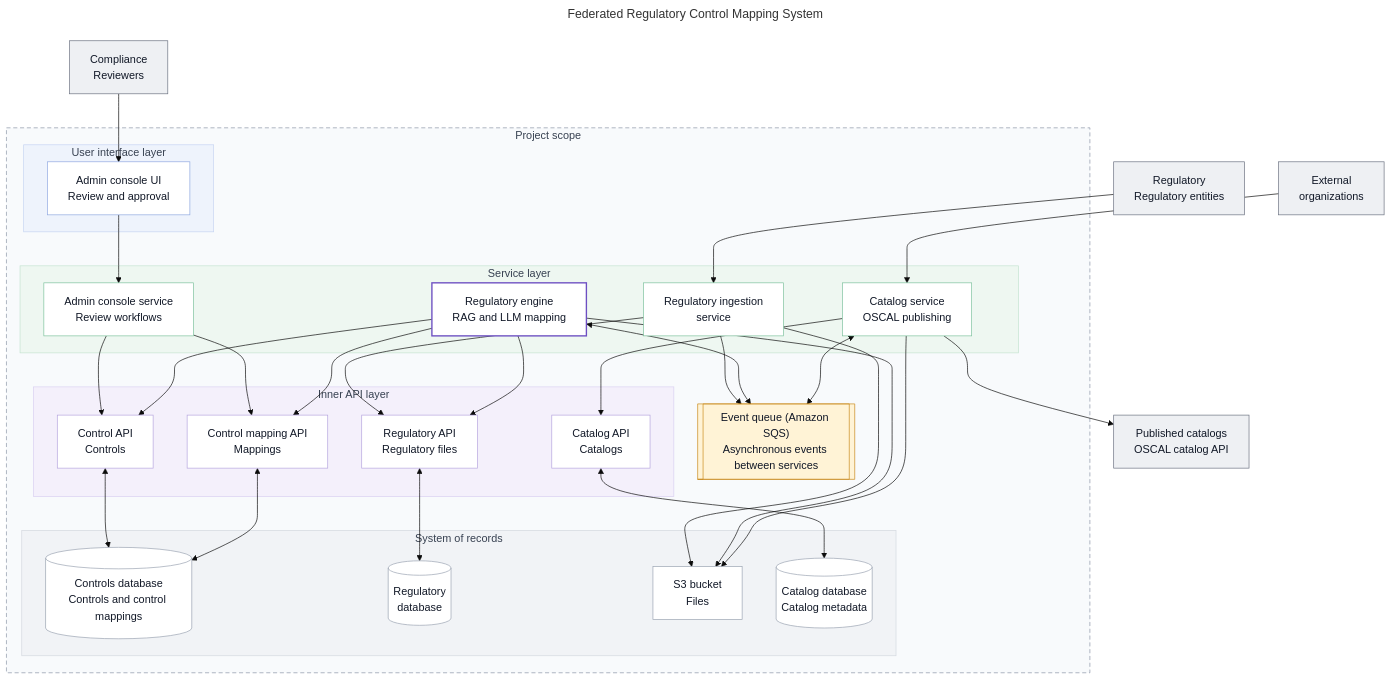
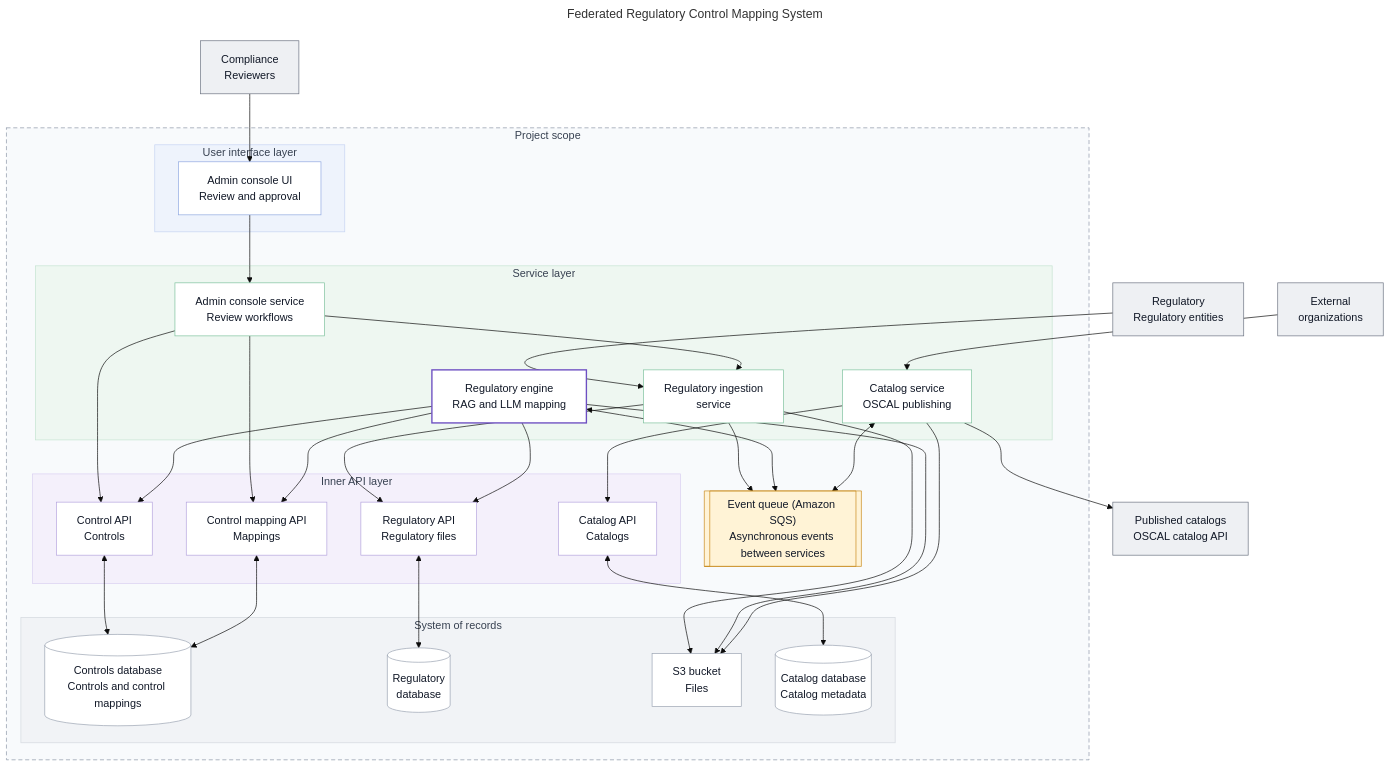
Before and after one commit to GRaCe-GRC/GRaCe-GRC-docs: the diagram in assets/diagrams/control-mapping/fig-10-1-architecture.mmd, drawn with Mermaid (base theme). The commit also changed 6 other files, not shown here.

```diff
--- a/assets/diagrams/control-mapping/fig-10-1-architecture.mmd
+++ b/assets/diagrams/control-mapping/fig-10-1-architecture.mmd
@@ -1,71 +1,72 @@
 ---
 title: Federated Regulatory Control Mapping System
 ---
 flowchart TB
   reviewers["Compliance<br/>Reviewers"]:::ext
   regulators["Regulatory<br/>Regulatory entities"]:::ext
 
   subgraph P["Project scope"]
     subgraph UI["User interface layer"]
       ui["Admin console UI<br/>Review and approval"]:::ui
     end
     sqs[["Event queue (Amazon SQS)<br/>Asynchronous events between services"]]:::queue
     subgraph SVC["Service layer"]
       acs["Admin console service<br/>Review workflows"]:::svc
       ing["Regulatory ingestion<br/>service"]:::svc
       eng["Regulatory engine<br/>RAG and LLM mapping"]:::eng
       cat["Catalog service<br/>OSCAL publishing"]:::svc
     end
     subgraph API["Inner API layer"]
       capi["Control API<br/>Controls"]:::api
       mapi["Control mapping API<br/>Mappings"]:::api
       rapi["Regulatory API<br/>Regulatory files"]:::api
       catapi["Catalog API<br/>Catalogs"]:::api
     end
     subgraph SOR["System of records"]
       cdb[("Controls database<br/>Controls and control mappings")]:::db
       rdb[("Regulatory<br/>database")]:::db
       s3["S3 bucket<br/>Files"]:::db
       catdb[("Catalog database<br/>Catalog metadata")]:::db
     end
   end
 
   published["Published catalogs<br/>OSCAL catalog API"]:::ext
   extorgs["External<br/>organizations"]:::ext
 
   reviewers --> ui
   ui --> acs
   regulators --> ing
   ing --> sqs
   eng <--> sqs
   cat <--> sqs
   acs --> capi
   acs --> mapi
+  acs --> ing
   ing --> rapi
   ing --> s3
   eng --> capi
   eng --> mapi
   eng --> rapi
   eng --> s3
   cat --> catapi
   cat --> s3
   cat --> published
   extorgs --> cat
   capi <--> cdb
   mapi <--> cdb
   rapi <--> rdb
   catapi <--> catdb
 
   classDef ext fill:#eef0f3,stroke:#6b7280,color:#111827
   classDef ui fill:#ffffff,stroke:#8fa8e0,color:#111827
   classDef svc fill:#ffffff,stroke:#7cc19c,color:#111827
   classDef eng fill:#ffffff,stroke:#6d4fc2,stroke-width:2px,color:#111827
   classDef queue fill:#fff3d6,stroke:#c98a1b,color:#111827
   classDef api fill:#ffffff,stroke:#b4a3dd,color:#111827
   classDef db fill:#ffffff,stroke:#9aa3b2,color:#111827
 
   style UI fill:#eef3fc,stroke:#c6d4f2,color:#374151
   style SVC fill:#eef7f1,stroke:#c4e3d0,color:#374151
   style API fill:#f4f0fb,stroke:#d9cff0,color:#374151
   style SOR fill:#f1f3f6,stroke:#d4d8df,color:#374151
   style P fill:#f8fafc,stroke:#8a94a6,stroke-dasharray:6 4,color:#374151
```
